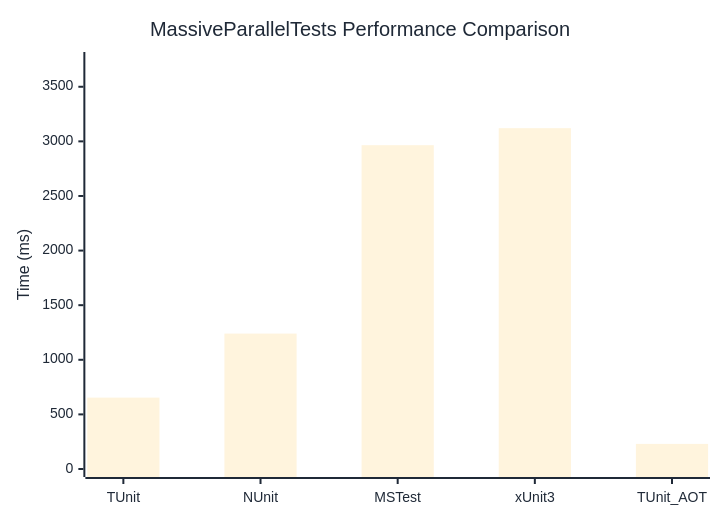
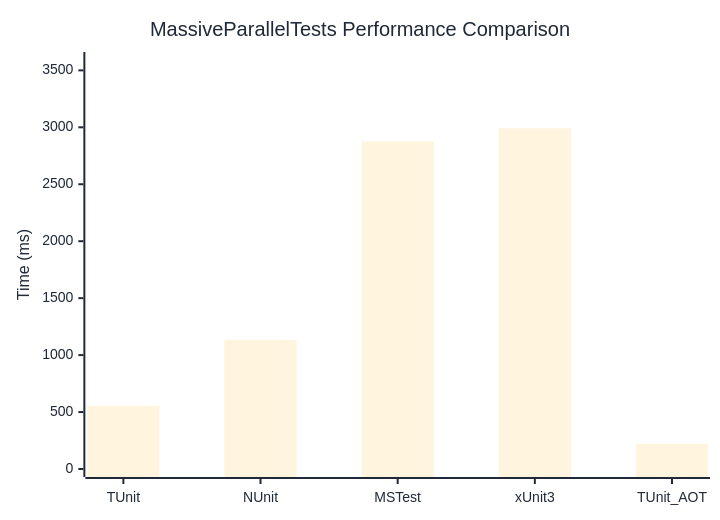
Before and after one commit to thomhurst/TUnit: the diagram in docs/docs/benchmarks/MassiveParallelTests.md, drawn with Mermaid. The commit also changed other lines of this file and 17 other files, not shown here.

````diff
--- a/docs/docs/benchmarks/MassiveParallelTests.md
+++ b/docs/docs/benchmarks/MassiveParallelTests.md
@@ -27,37 +27,37 @@
 ```mermaid
 %%{init: {
   'theme':'base',
   'themeVariables': {
     'primaryColor': '#2563eb',
     'primaryTextColor': '#1f2937',
     'primaryBorderColor': '#1e40af',
     'lineColor': '#6b7280',
     'secondaryColor': '#7c3aed',
     'tertiaryColor': '#dc2626',
     'background': '#ffffff',
     'mainBkg': '#2563eb',
     'secondBkg': '#7c3aed',
     'tertiaryBkg': '#dc2626',
     'clusterBkg': '#f3f4f6',
     'edgeLabelBackground': '#ffffff',
     'tertiaryTextColor': '#1f2937',
     'pie1': '#2563eb',
     'pie2': '#7c3aed',
     'pie3': '#dc2626',
     'pie4': '#f59e0b',
     'pie5': '#10b981',
     'pie6': '#06b6d4',
     'pie7': '#ec4899',
     'pie8': '#6366f1',
     'pie9': '#84cc16',
     'pie10': '#f97316',
     'pie11': '#14b8a6',
     'pie12': '#a855f7'
   }
 }}%%
 xychart-beta
   title "MassiveParallelTests Performance Comparison"
   x-axis ["TUnit", "NUnit", "MSTest", "xUnit3", "TUnit_AOT"]
-  y-axis "Time (ms)" 0 --> 3745
-  bar [653.5, 1240, 2965.1, 3120.8, 229.7]
+  y-axis "Time (ms)" 0 --> 3591
+  bar [554.3, 1132.8, 2877.2, 2991.7, 222.1]
 ```
````
